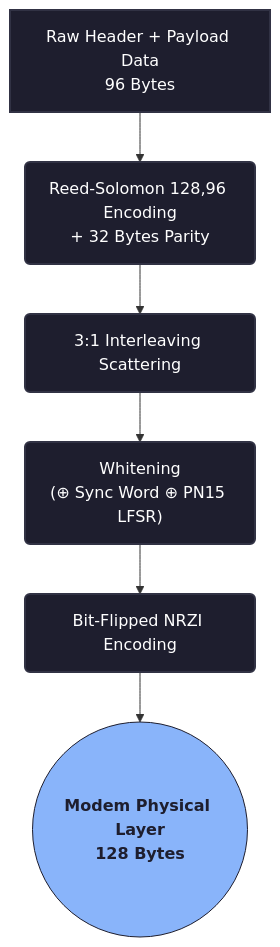
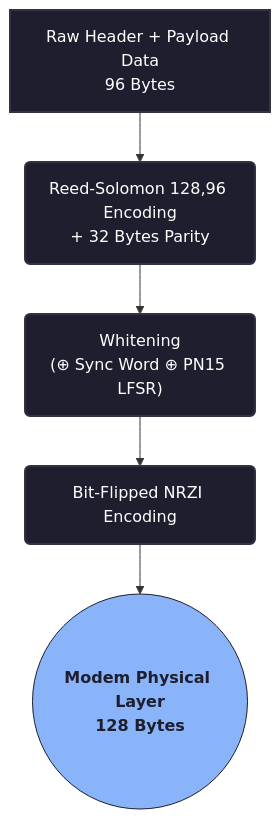
The diagram in src/docs/content/docs/rfc/04-data-link-layer.mdx (qshosfw/hermes), drawn with Mermaid before and after one commit. The commit also changed other lines of this file and 6 other files, not shown here.

````diff
--- a/src/docs/content/docs/rfc/04-data-link-layer.mdx
+++ b/src/docs/content/docs/rfc/04-data-link-layer.mdx
@@ -132,14 +132,13 @@
 ```mermaid
 flowchart TD
     A[Raw Header + Payload Data<br/>96 Bytes] --> B(Reed-Solomon 128,96 Encoding<br/>+ 32 Bytes Parity)
-    B --> C(3:1 Interleaving Scattering)
-    C --> D("Whitening<br/>(⊕ Sync Word ⊕ PN15 LFSR)")
-    D --> E(Bit-Flipped NRZI Encoding)
-    E --> F((Modem Physical Layer<br/>128 Bytes))
+    B --> C("Whitening<br/>(⊕ Sync Word ⊕ PN15 LFSR)")
+    C --> D(Bit-Flipped NRZI Encoding)
+    D --> E((Modem Physical Layer<br/>128 Bytes))
 
     classDef std fill:#1e1e2e,stroke:#313244,stroke-width:2px,color:white;
     classDef highlight fill:#89b4fa,stroke:#1e1e2e,color:#1e1e2e,font-weight:bold;
     
-    class A,B,C,D,E std;
-    class F highlight;
+    class A,B,C,D std;
+    class E highlight;
 ```
````
